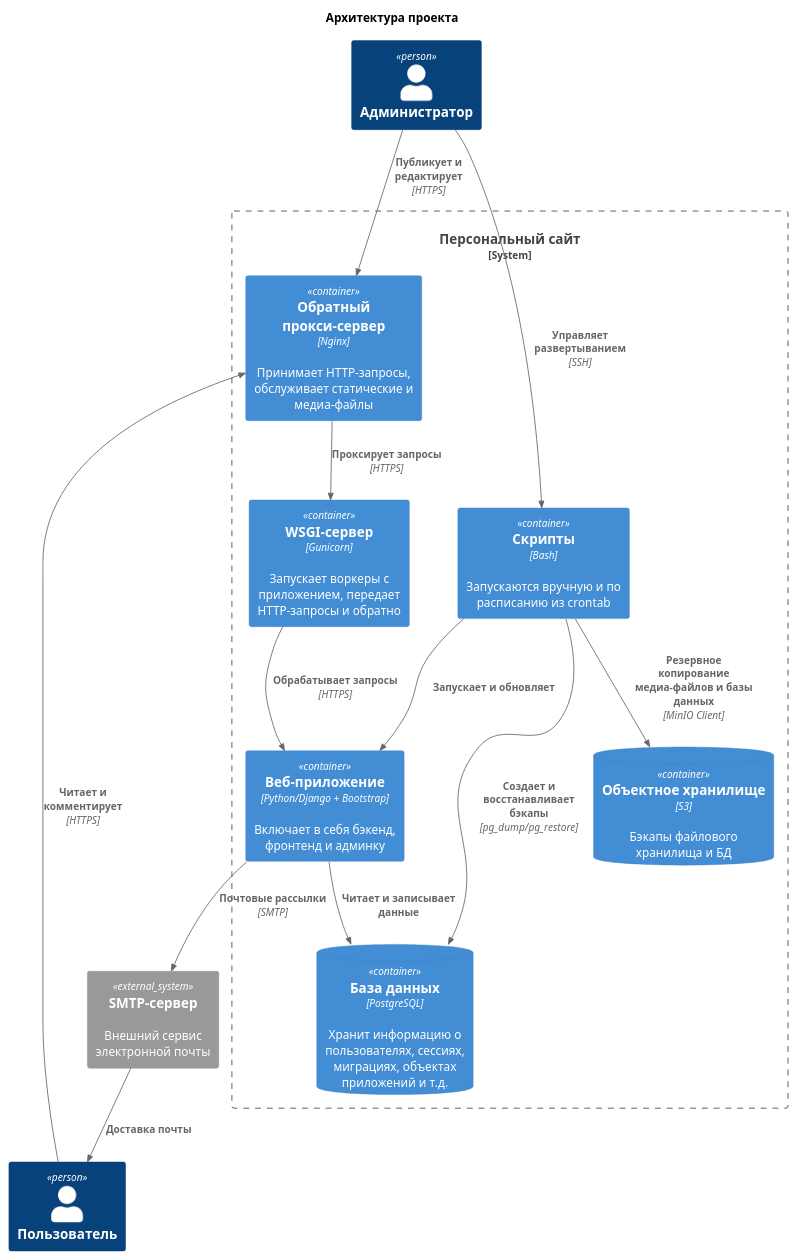
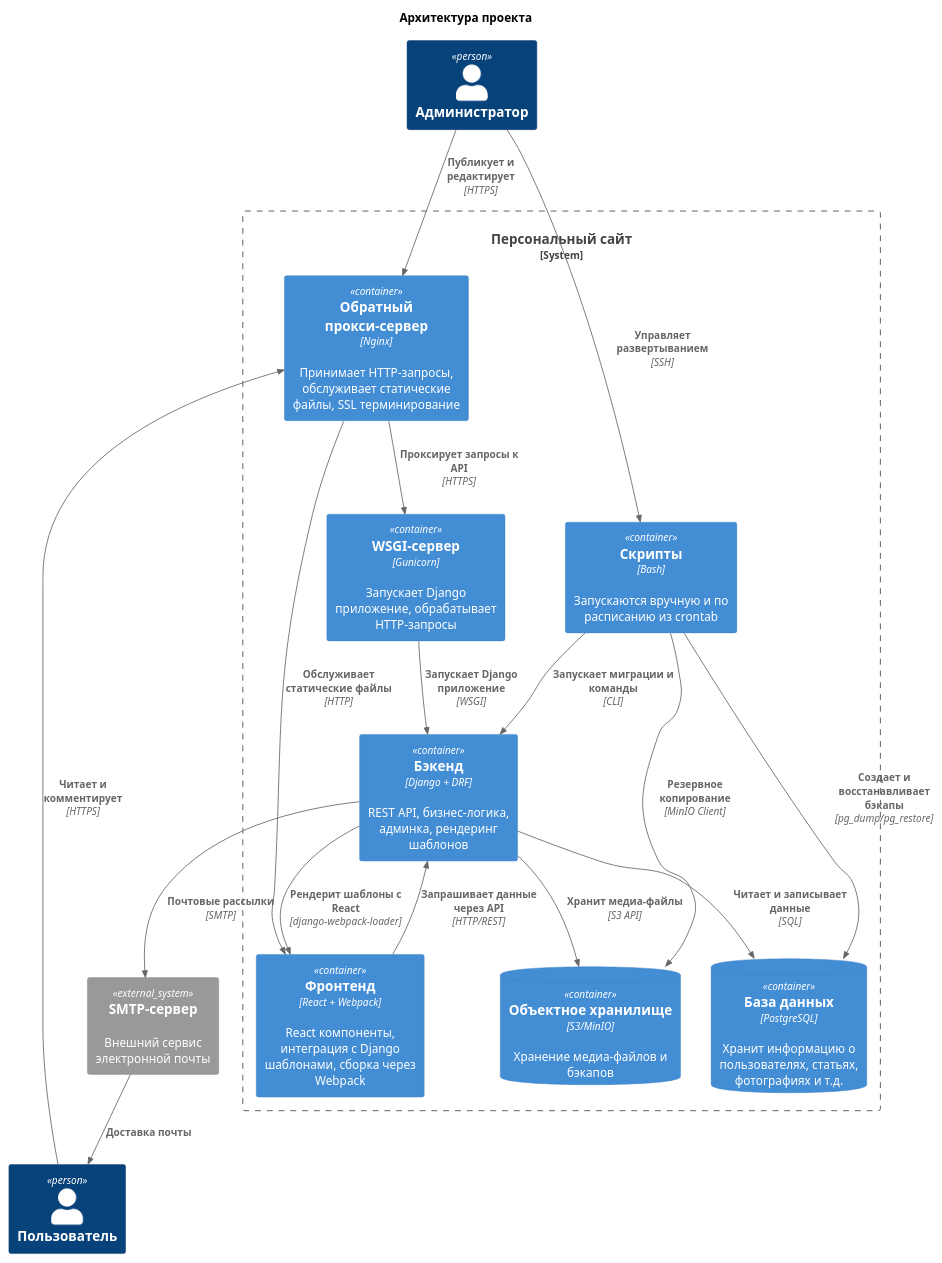
The diagram in docs/diagrams/src/container.puml (mikhpo/personal-website), drawn with PlantUML before and after one commit. The commit also changed 2 other files, not shown here.

Commit message:
docs: update README documentation for React and REST API architecture
Update the tech stack to include Django REST Framework, React 19,
Webpack 5, and PostgreSQL 15. Add instructions for local development
using Taskfile and frontend-specific commands. Replace the CI/CD section
with detailed documentation for the REST API and frontend architecture.

```diff
--- a/docs/diagrams/src/container.puml
+++ b/docs/diagrams/src/container.puml
@@ -1,31 +1,36 @@
 @startuml container
 
 !include <C4/C4_Container>
 
 title Архитектура проекта
 
 Person(user, "Пользователь")
 Person(admin, "Администратор")
 System_Boundary(project, "Персональный сайт") {
-    Container(nginx, "Обратный прокси-сервер", "Nginx", "Принимает HTTP-запросы, обслуживает статические и медиа-файлы")
-    Container(gunicorn, "WSGI-сервер", "Gunicorn", "Запускает воркеры с приложением, передает HTTP-запросы и обратно")
-    Container(app, "Веб-приложение", "Python/Django + Bootstrap", "Включает в себя бэкенд, фронтенд и админку")
+    Container(nginx, "Обратный прокси-сервер", "Nginx", "Принимает HTTP-запросы, обслуживает статические файлы, SSL терминирование")
+    Container(gunicorn, "WSGI-сервер", "Gunicorn", "Запускает Django приложение, обрабатывает HTTP-запросы")
+    Container(backend, "Бэкенд", "Django + DRF", "REST API, бизнес-логика, админка, рендеринг шаблонов")
+    Container(frontend, "Фронтенд", "React + Webpack", "React компоненты, интеграция с Django шаблонами, сборка через Webpack")
     Container(scripts, "Скрипты", "Bash", "Запускаются вручную и по расписанию из crontab")
-    ContainerDb(db, "База данных", "PostgreSQL", "Хранит информацию о пользователях, сессиях, миграциях, объектах приложений и т.д.")
-    ContainerDb(s3, "Объектное хранилище", "S3", "Бэкапы файлового хранилища и БД")
+    ContainerDb(db, "База данных", "PostgreSQL", "Хранит информацию о пользователях, статьях, фотографиях и т.д.")
+    ContainerDb(s3, "Объектное хранилище", "S3/MinIO", "Хранение медиа-файлов и бэкапов")
 }
 System_Ext(smtp, "SMTP-сервер", "Внешний сервис электронной почты")
 
 Rel(admin, nginx, "Публикует и редактирует", "HTTPS")
 Rel(admin, scripts, "Управляет развертыванием", "SSH")
 Rel(user, nginx, "Читает и комментирует", "HTTPS")
-Rel(app, smtp, "Почтовые рассылки", "SMTP")
+Rel(nginx, gunicorn, "Проксирует запросы к API", "HTTPS")
+Rel(nginx, frontend, "Обслуживает статические файлы", "HTTP")
+Rel(gunicorn, backend, "Запускает Django приложение", "WSGI")
+Rel(backend, frontend, "Рендерит шаблоны с React", "django-webpack-loader")
+Rel(frontend, backend, "Запрашивает данные через API", "HTTP/REST")
+Rel(backend, db, "Читает и записывает данные", "SQL")
+Rel(backend, s3, "Хранит медиа-файлы", "S3 API")
+Rel(backend, smtp, "Почтовые рассылки", "SMTP")
 Rel(smtp, user, "Доставка почты")
-Rel(nginx, gunicorn, "Проксирует запросы", "HTTPS")
-Rel(gunicorn, app, "Обрабатывает запросы", "HTTPS")
-Rel(app, db, "Читает и записывает данные")
-Rel(scripts, app, "Запускает и обновляет")
+Rel(scripts, backend, "Запускает миграции и команды", "CLI")
 Rel(scripts, db, "Создает и восстанавливает бэкапы", "pg_dump/pg_restore")
-Rel(scripts, s3, "Резервное копирование медиа-файлов и базы данных", "MinIO Client")
+Rel(scripts, s3, "Резервное копирование", "MinIO Client")
 
 @enduml
```
